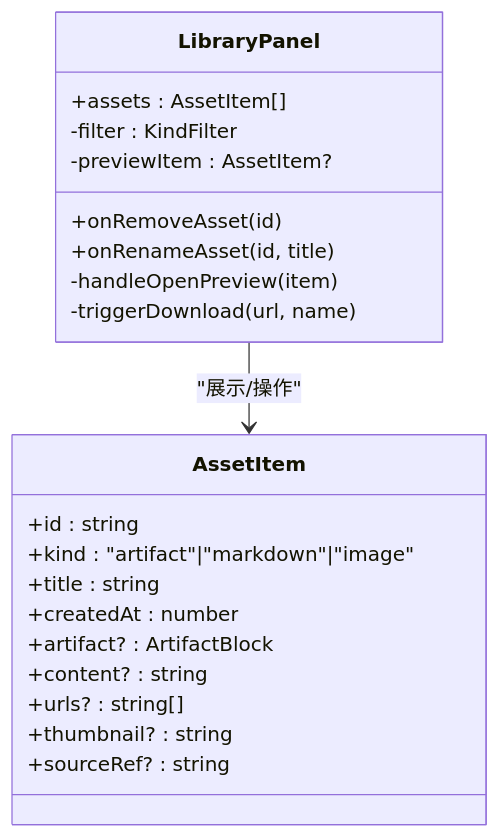
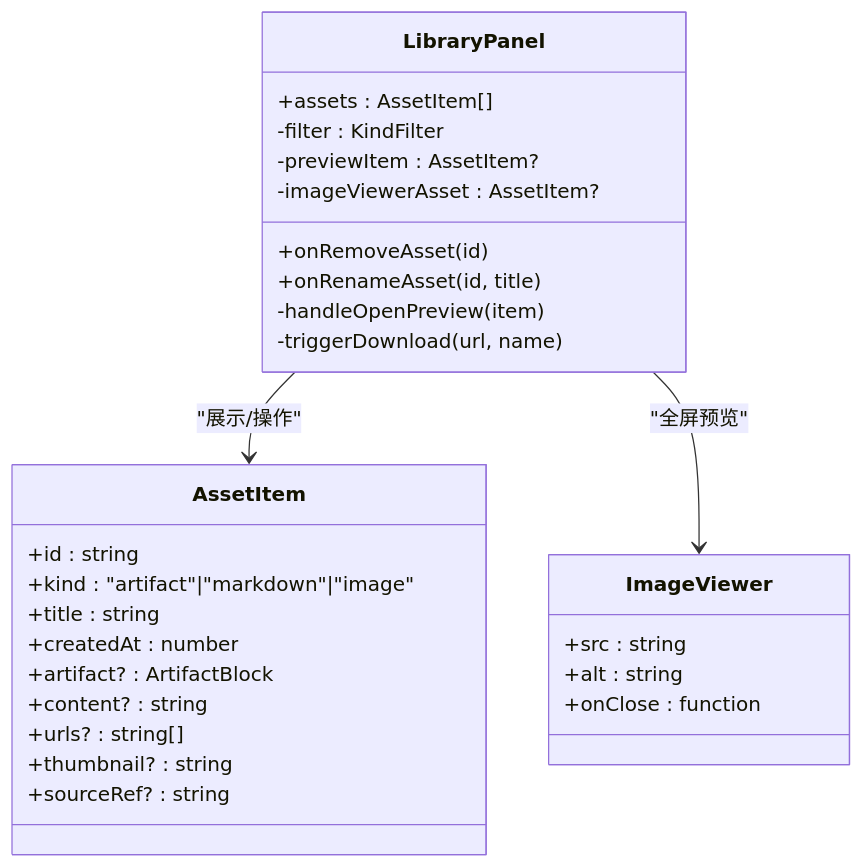
Before and after one commit to billye220670/AIShop: the fifth of 12 diagrams in .qoder/repowiki/zh/content/架构设计/组件架构设计/功能面板组件/资产库管理系统.md, drawn with Mermaid. The commit also changed other lines of this file and 40 other files, not shown here.

````diff
--- a/.qoder/repowiki/zh/content/架构设计/组件架构设计/功能面板组件/资产库管理系统.md
+++ b/.qoder/repowiki/zh/content/架构设计/组件架构设计/功能面板组件/资产库管理系统.md
@@ -207,24 +221,31 @@
 ```mermaid
 classDiagram
 class LibraryPanel {
 +assets : AssetItem[]
 +onRemoveAsset(id)
 +onRenameAsset(id, title)
 -filter : KindFilter
 -previewItem : AssetItem?
+-imageViewerAsset : AssetItem?
 -handleOpenPreview(item)
 -triggerDownload(url, name)
 }
 class AssetItem {
 +id : string
 +kind : "artifact"|"markdown"|"image"
 +title : string
 +createdAt : number
 +artifact? : ArtifactBlock
 +content? : string
 +urls? : string[]
 +thumbnail? : string
 +sourceRef? : string
 }
+class ImageViewer {
++src : string
++alt : string
++onClose : function
+}
 LibraryPanel --> AssetItem : "展示/操作"
+LibraryPanel --> ImageViewer : "全屏预览"
 ```
````
